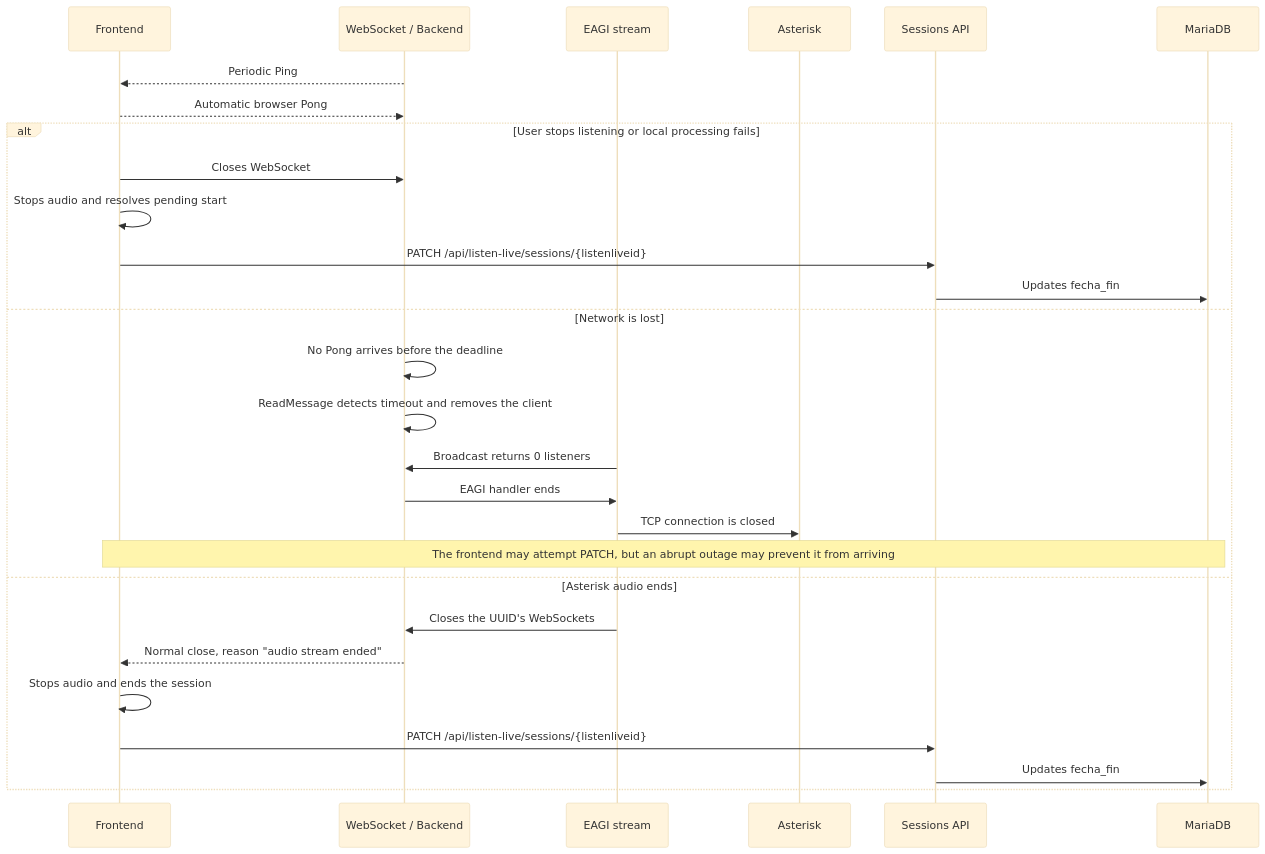
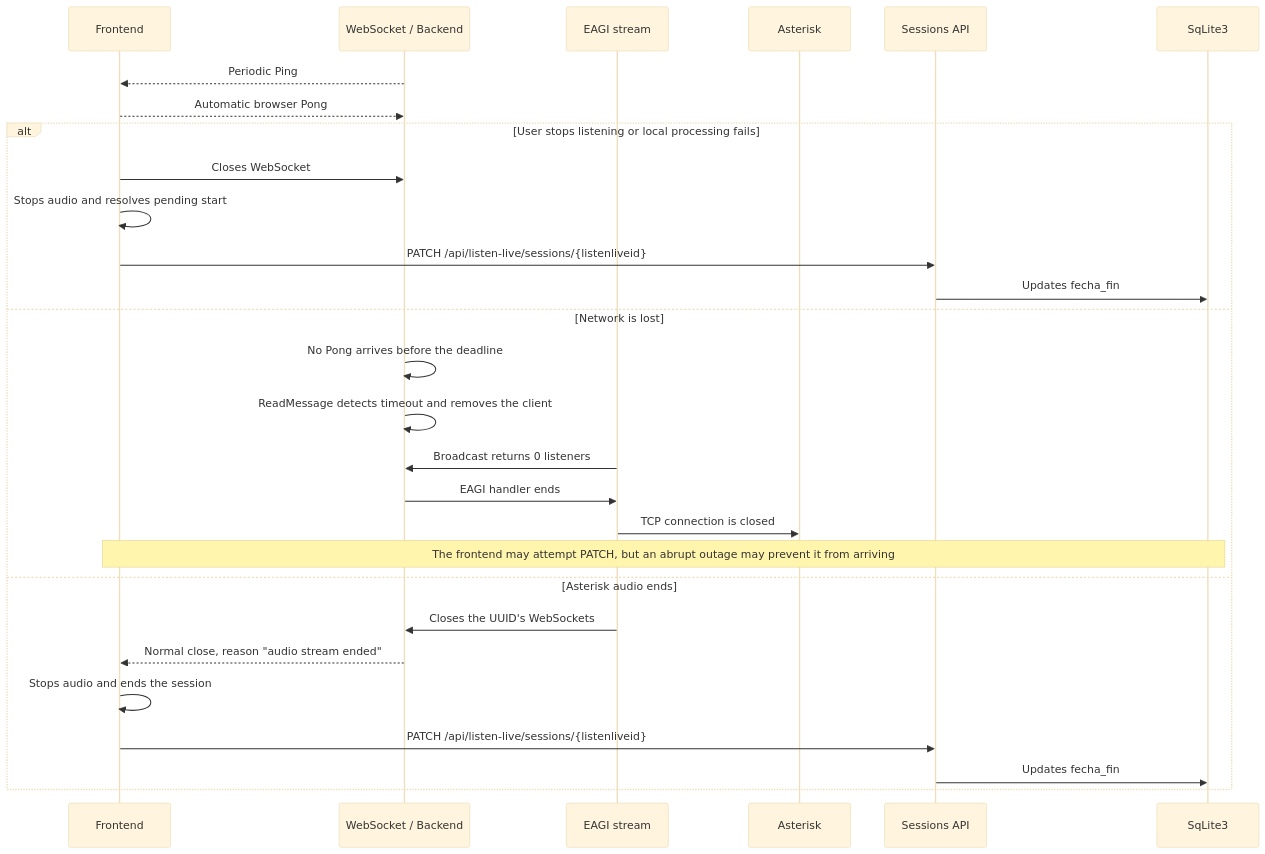
Before and after one commit to jjsainzc/amerimon: the third of 3 diagrams in public/assets/docs/listen-live.en.md, drawn with Mermaid (base theme). The commit also changed other lines of this file and 2 other files, not shown here.

Commit message:
Cambiar MariaDB por SQLite3

````diff
--- a/public/assets/docs/listen-live.en.md
+++ b/public/assets/docs/listen-live.en.md
@@ -71,31 +71,31 @@
 ```mermaid
 sequenceDiagram
     participant F as Frontend
     participant WS as WebSocket / Backend
     participant TCP as EAGI stream
     participant AST as Asterisk
     participant API as Sessions API
-    participant DB as MariaDB
+    participant DB as SqLite3
 
     WS-->>F: Periodic Ping
     F-->>WS: Automatic browser Pong
     alt User stops listening or local processing fails
         F->>WS: Closes WebSocket
         F->>F: Stops audio and resolves pending start
         F->>API: PATCH /api/listen-live/sessions/{listenliveid}
         API->>DB: Updates fecha_fin
     else Network is lost
         WS->>WS: No Pong arrives before the deadline
         WS->>WS: ReadMessage detects timeout and removes the client
         TCP->>WS: Broadcast returns 0 listeners
         WS->>TCP: EAGI handler ends
         TCP->>AST: TCP connection is closed
         Note over F,DB: The frontend may attempt PATCH, but an abrupt outage may prevent it from arriving
     else Asterisk audio ends
         TCP->>WS: Closes the UUID's WebSockets
         WS-->>F: Normal close, reason "audio stream ended"
         F->>F: Stops audio and ends the session
         F->>API: PATCH /api/listen-live/sessions/{listenliveid}
         API->>DB: Updates fecha_fin
     end
 ```
````
